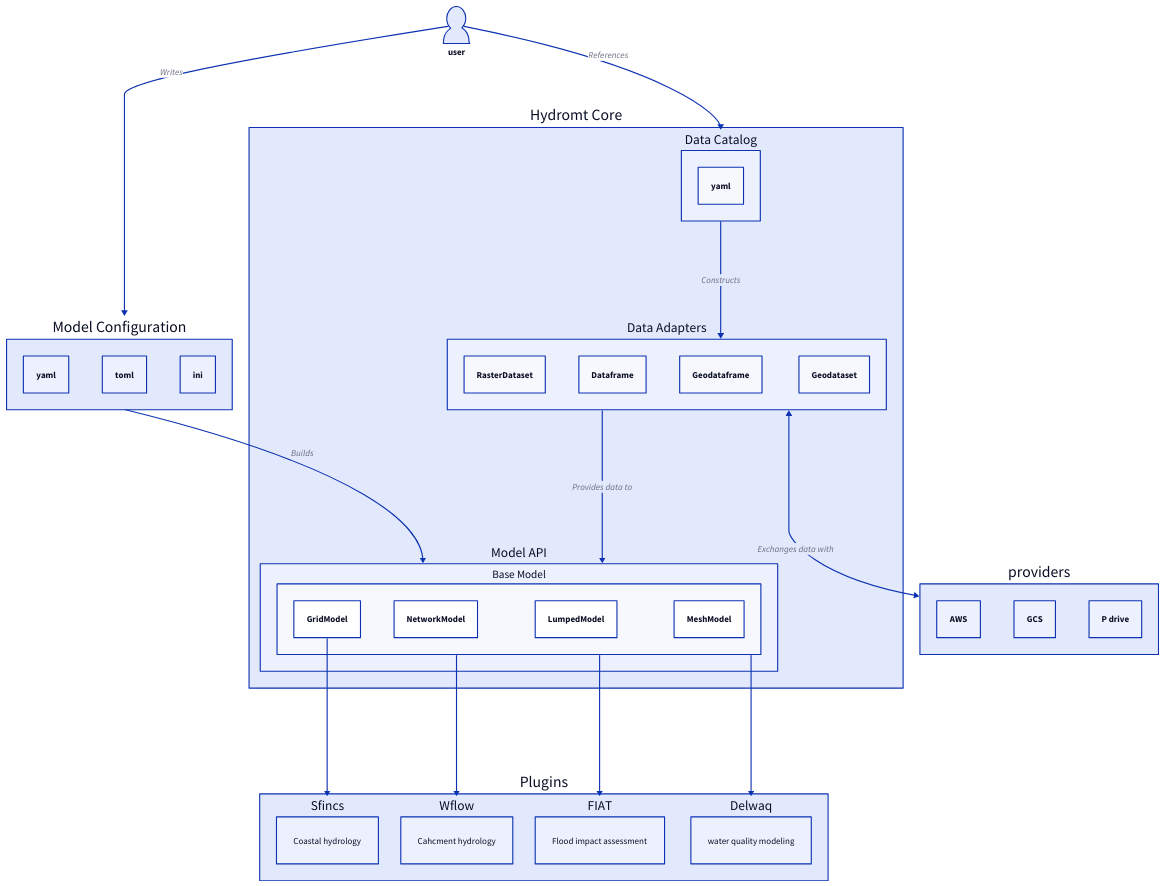
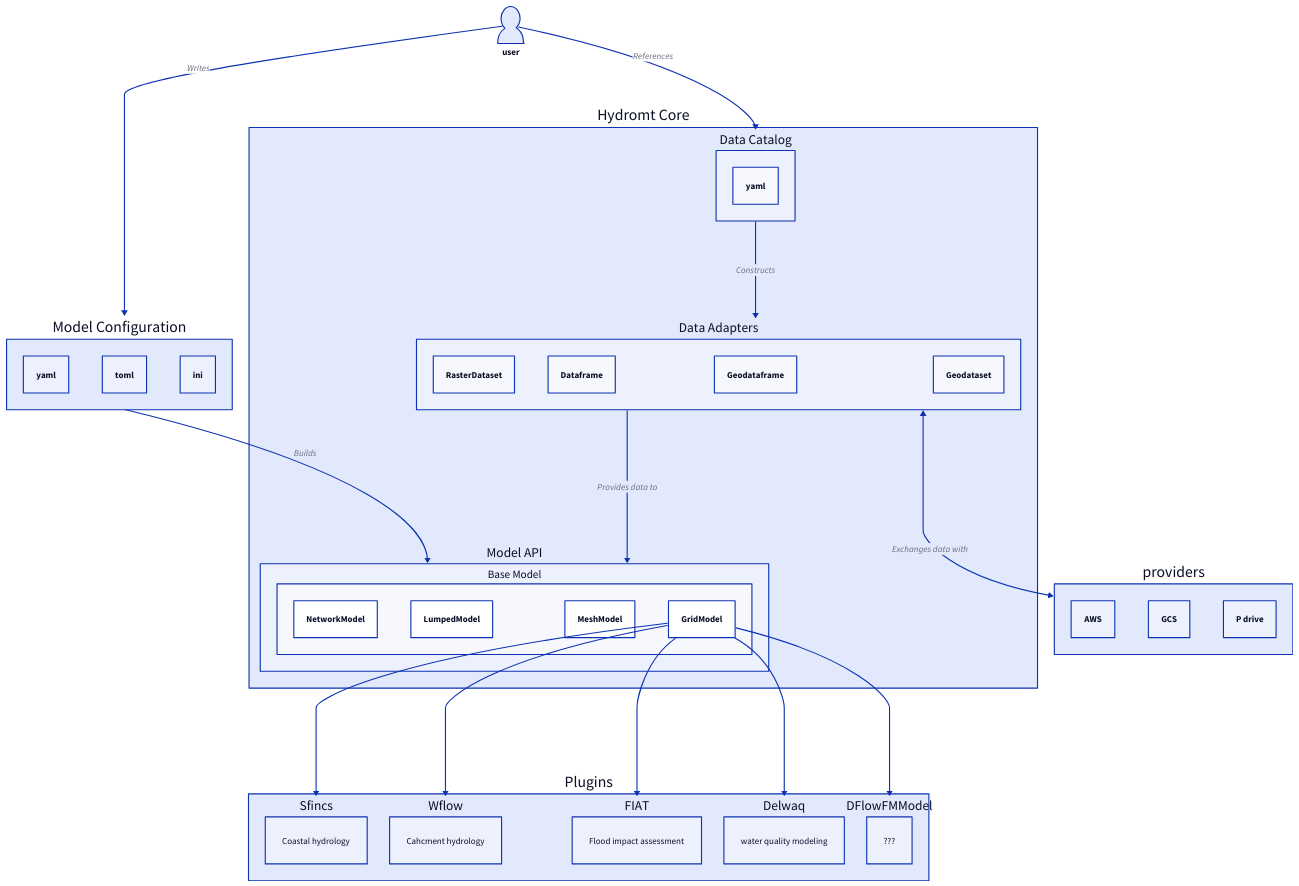
Before and after one commit to savente93/hydromt-wiki: the diagram in d2-diagrams/hydromt.d2, drawn with D2. The commit also changed 1 other file, not shown here.

```diff
--- a/d2-diagrams/hydromt.d2
+++ b/d2-diagrams/hydromt.d2
@@ -1,71 +1,78 @@
 core: Hydromt Core {
   catalog: Data Catalog {
     yaml
   }
   adapters: Data Adapters {
     RasterDataset
     Dataframe
     Geodataframe
     Geodataset
   }
   models: Model API {
     base: Base Model {
-      grid: GridModel
       network: NetworkModel
       lumped: LumpedModel
       mesh: MeshModel
+      grid: GridModel
     }
   }
   catalog -> adapters: Constructs
   adapters -> models: Provides data to
 }
 
 plugins: Plugins {
   sfincs: Sfincs {
     text: |md
       Coastal hydrology
     |
   }
   wflow: Wflow {
     text: |md
       Cahcment hydrology
     |
   }
   fiat: FIAT {
     text: |md
       Flood impact assessment
     |
   }
   delwaq: Delwaq {
     text: |md
       water quality modeling      
     |
   }
+  dflowfmmodel: DFlowFMModel {
+    test: |md
+      ???
+    |
+  }
 }
 
 user: {
   shape: person
 }
 
 providers: {
   aws: AWS
   gcs: GCS
   p-drive: P drive
 }
 
 configs: Model Configuration {
   yaml
   toml
   ini
 }
 
 user -> core.catalog: References
 user -> configs: Writes
 
 core.adapters <-> providers: Exchanges data with
-core.models.base.grid -> plugins.sfincs
-core.models.base -> plugins.wflow
-core.models.base -> plugins.fiat
-core.models.base -> plugins.delwaq
+
+plugins.sfincs <- core.models.base.grid
+plugins.wflow <- core.models.base.grid
+plugins.fiat <- core.models.base.grid
+plugins.delwaq <- core.models.base.grid
+plugins.dflowfmmodel <- core.models.base.grid
 
 configs -> core.models: Builds
```
